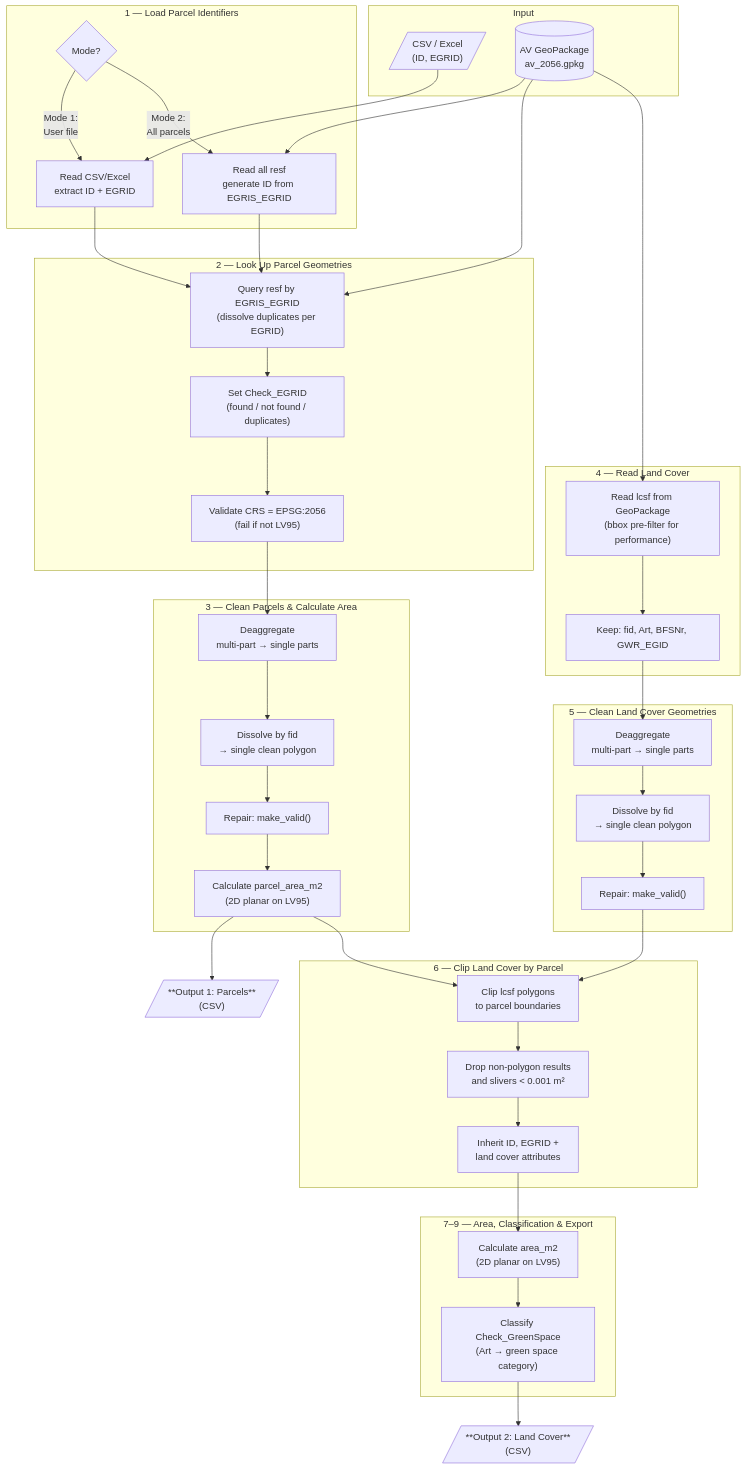
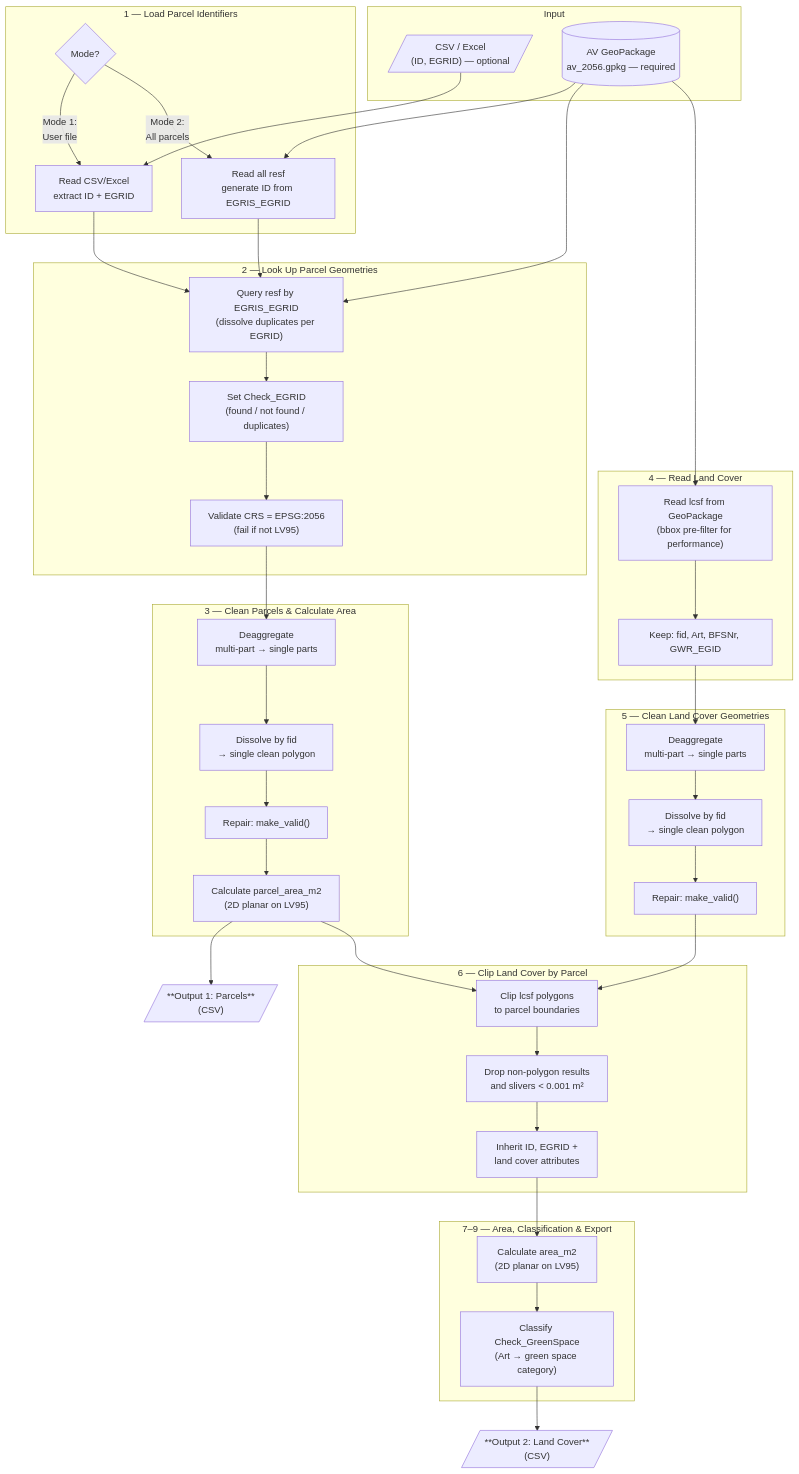
One commit to bbl-dres/landcover-survey changed the diagram in docs/REQUIREMENTS.md. Above: the diagram before and after it, drawn with Mermaid.

````diff
--- a/docs/REQUIREMENTS.md
+++ b/docs/REQUIREMENTS.md
@@ -225,76 +225,76 @@
 ```mermaid
 flowchart TD
     subgraph Input
-        A1[/"CSV / Excel<br>(ID, EGRID)"/]
-        A2[("AV GeoPackage<br>av_2056.gpkg")]
+        A1[/"CSV / Excel<br>(ID, EGRID) — optional"/]
+        A2[("AV GeoPackage<br>av_2056.gpkg — required")]
     end
 
     subgraph "1 — Load Parcel Identifiers"
         B1{"Mode?"}
         B1 -->|"Mode 1:<br>User file"| B2["Read CSV/Excel<br>extract ID + EGRID"]
         B1 -->|"Mode 2:<br>All parcels"| B3["Read all resf<br>generate ID from EGRIS_EGRID"]
     end
 
     A1 --> B2
     A2 --> B3
 
     subgraph "2 — Look Up Parcel Geometries"
         C1["Query resf by EGRIS_EGRID<br>(dissolve duplicates per EGRID)"]
         C2["Set Check_EGRID<br>(found / not found / duplicates)"]
         C3["Validate CRS = EPSG:2056<br>(fail if not LV95)"]
         C1 --> C2 --> C3
     end
 
     B2 --> C1
     B3 --> C1
     A2 --> C1
 
     subgraph "3 — Clean Parcels & Calculate Area"
         D1["Deaggregate<br>multi-part → single parts"]
         D2["Dissolve by fid<br>→ single clean polygon"]
         D3["Repair: make_valid()"]
         D4["Calculate parcel_area_m2<br>(2D planar on LV95)"]
         D1 --> D2 --> D3 --> D4
     end
 
     C3 --> D1
 
     D4 --> OUT1[/"**Output 1: Parcels**<br>(CSV)"/]
 
     subgraph "4 — Read Land Cover"
         E1["Read lcsf from GeoPackage<br>(bbox pre-filter for performance)"]
         E2["Keep: fid, Art, BFSNr, GWR_EGID"]
         E1 --> E2
     end
 
     A2 --> E1
 
     subgraph "5 — Clean Land Cover Geometries"
         F1["Deaggregate<br>multi-part → single parts"]
         F2["Dissolve by fid<br>→ single clean polygon"]
         F3["Repair: make_valid()"]
         F1 --> F2 --> F3
     end
 
     E2 --> F1
 
     subgraph "6 — Clip Land Cover by Parcel"
         G1["Clip lcsf polygons<br>to parcel boundaries"]
         G2["Drop non-polygon results<br>and slivers < 0.001 m²"]
         G3["Inherit ID, EGRID +<br>land cover attributes"]
         G1 --> G2 --> G3
     end
 
     D4 --> G1
     F3 --> G1
 
     subgraph "7–9 — Area, Classification & Export"
         H1["Calculate area_m2<br>(2D planar on LV95)"]
         H2["Classify Check_GreenSpace<br>(Art → green space category)"]
         H1 --> H2
     end
 
     G3 --> H1
 
     H2 --> OUT2[/"**Output 2: Land Cover**<br>(CSV)"/]
 ```
````
